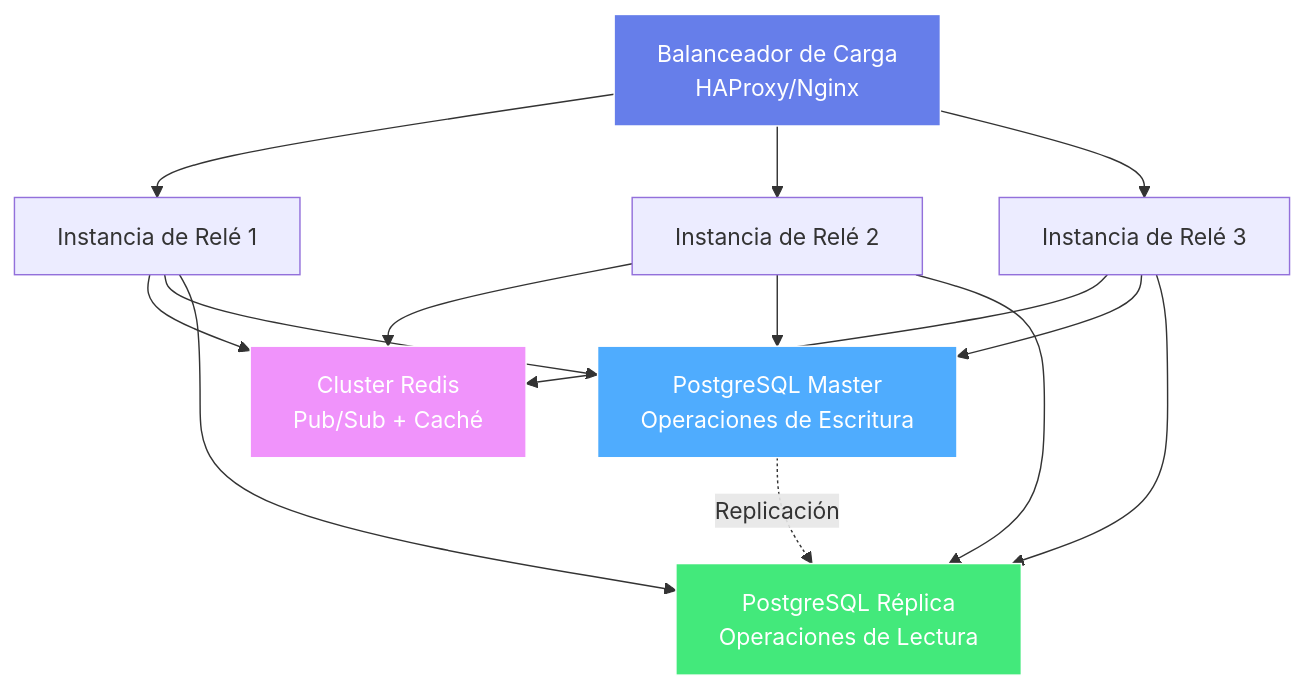
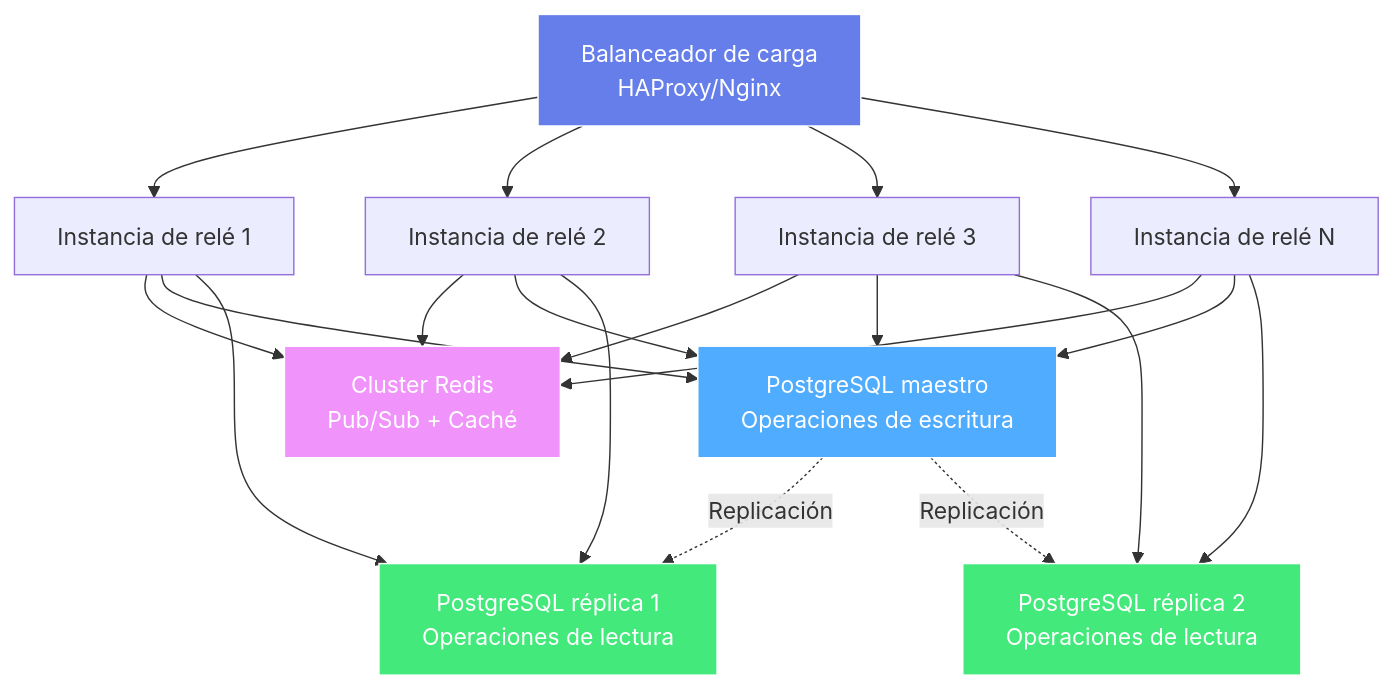
Before and after one commit to cristyalmonte/learnnostr: the diagram in docs/es/modules/module-08-scaling-performance.md, drawn with Mermaid. The commit also changed other lines of this file and 21 other files, not shown here.

````diff
--- a/docs/es/modules/module-08-scaling-performance.md
+++ b/docs/es/modules/module-08-scaling-performance.md
@@ -20,35 +511,43 @@
 ```mermaid
 graph TB
-    LB[Balanceador de Carga<br/>HAProxy/Nginx]
+    LB[Balanceador de carga<br/>HAProxy/Nginx]
     
-    R1[Instancia de Relé 1]
-    R2[Instancia de Relé 2]
-    R3[Instancia de Relé 3]
+    R1[Instancia de relé 1]
+    R2[Instancia de relé 2]
+    R3[Instancia de relé 3]
+    R4[Instancia de relé N]
     
     REDIS[Cluster Redis<br/>Pub/Sub + Caché]
-    PG_MASTER[PostgreSQL Master<br/>Operaciones de Escritura]
-    PG_REPLICA[PostgreSQL Réplica<br/>Operaciones de Lectura]
+    PG_MASTER[PostgreSQL maestro<br/>Operaciones de escritura]
+    PG_REPLICA1[PostgreSQL réplica 1<br/>Operaciones de lectura]
+    PG_REPLICA2[PostgreSQL réplica 2<br/>Operaciones de lectura]
     
     LB --> R1
     LB --> R2
     LB --> R3
+    LB --> R4
     
     R1 --> REDIS
     R2 --> REDIS
     R3 --> REDIS
+    R4 --> REDIS
     
     R1 --> PG_MASTER
     R2 --> PG_MASTER
     R3 --> PG_MASTER
+    R4 --> PG_MASTER
     
-    R1 --> PG_REPLICA
-    R2 --> PG_REPLICA
-    R3 --> PG_REPLICA
+    R1 --> PG_REPLICA1
+    R2 --> PG_REPLICA1
+    R3 --> PG_REPLICA2
+    R4 --> PG_REPLICA2
     
-    PG_MASTER -.->|Replicación| PG_REPLICA
+    PG_MASTER -.->|Replicación| PG_REPLICA1
+    PG_MASTER -.->|Replicación| PG_REPLICA2
     
     style LB fill:#667eea,stroke:#fff,color:#fff
     style REDIS fill:#f093fb,stroke:#fff,color:#fff
     style PG_MASTER fill:#4facfe,stroke:#fff,color:#fff
-    style PG_REPLICA fill:#43e97b,stroke:#fff,color:#fff
+    style PG_REPLICA1 fill:#43e97b,stroke:#fff,color:#fff
+    style PG_REPLICA2 fill:#43e97b,stroke:#fff,color:#fff
 ```
````
